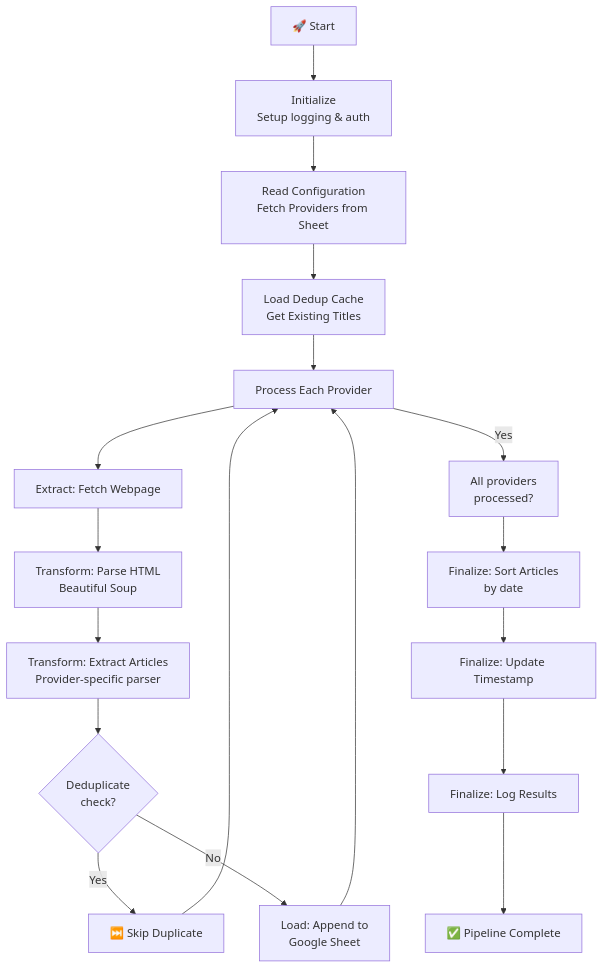
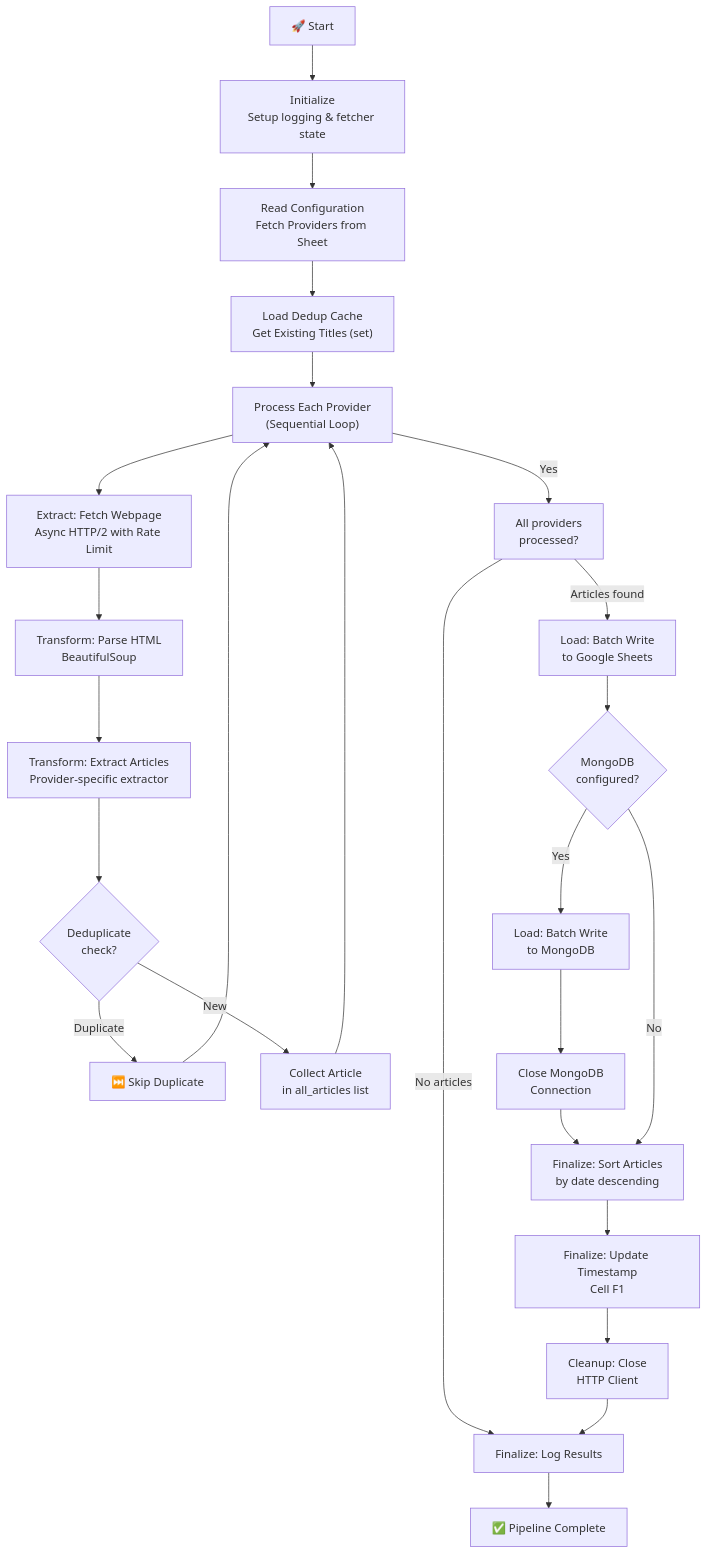
Before and after one commit to victoriacheng15/personal-reading-analytics-dashboard: the third of 3 diagrams in docs/extraction_architecture.md, drawn with Mermaid. The commit also changed other lines of this file and 2 other files, not shown here.

````diff
--- a/docs/extraction_architecture.md
+++ b/docs/extraction_architecture.md
@@ -151,31 +286,41 @@
 ```mermaid
 flowchart TD
     Start["🚀 Start"]
-    Init["Initialize<br/>Setup logging & auth"]
+    Init["Initialize<br/>Setup logging & fetcher state"]
     GetProviders["Read Configuration<br/>Fetch Providers from Sheet"]
-    GetTitles["Load Dedup Cache<br/>Get Existing Titles"]
+    GetTitles["Load Dedup Cache<br/>Get Existing Titles (set)"]
     
     Start --> Init --> GetProviders --> GetTitles
     
-    Process["Process Each Provider"]
+    Process["Process Each Provider<br/>(Sequential Loop)"]
     Skip["⏭️ Skip Duplicate"]
-    Fetch["Extract: Fetch Webpage"]
-    Parse["Transform: Parse HTML<br/>Beautiful Soup"]
-    Extract["Transform: Extract Articles<br/>Provider-specific parser"]
+    Fetch["Extract: Fetch Webpage<br/>Async HTTP/2 with Rate Limit"]
+    Parse["Transform: Parse HTML<br/>BeautifulSoup"]
+    Extract["Transform: Extract Articles<br/>Provider-specific extractor"]
     CheckDup{"Deduplicate<br/>check?"}
-    Append["Load: Append to<br/>Google Sheet"]
+    Collect["Collect Article<br/>in all_articles list"]
     
     GetTitles --> Process
     Skip --> Process
     Process --> Fetch --> Parse --> Extract --> CheckDup
-    CheckDup -->|Yes| Skip
-    CheckDup -->|No| Append --> Process
+    CheckDup -->|Duplicate| Skip
+    CheckDup -->|New| Collect --> Process
     
     AllDone["All providers<br/>processed?"]
-    Sort["Finalize: Sort Articles<br/>by date"]
-    Update["Finalize: Update Timestamp"]
+    BatchSheets["Load: Batch Write<br/>to Google Sheets"]
+    MongoCheck{"MongoDB<br/>configured?"}
+    BatchMongo["Load: Batch Write<br/>to MongoDB"]
+    CloseMongo["Close MongoDB<br/>Connection"]
+    Sort["Finalize: Sort Articles<br/>by date descending"]
+    Update["Finalize: Update Timestamp<br/>Cell F1"]
+    CloseFetcher["Cleanup: Close<br/>HTTP Client"]
     Log["Finalize: Log Results"]
     Complete["✅ Pipeline Complete"]
     
-    Process -->|Yes| AllDone --> Sort --> Update --> Log --> Complete
+    Process -->|Yes| AllDone
+    AllDone -->|Articles found| BatchSheets --> MongoCheck
+    AllDone -->|No articles| Log
+    MongoCheck -->|Yes| BatchMongo --> CloseMongo --> Sort
+    MongoCheck -->|No| Sort
+    Sort --> Update --> CloseFetcher --> Log --> Complete
 ```
````
